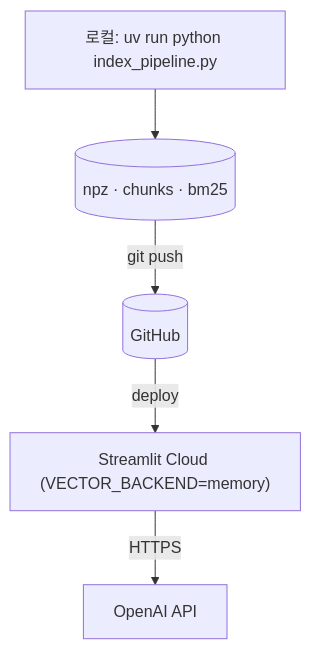
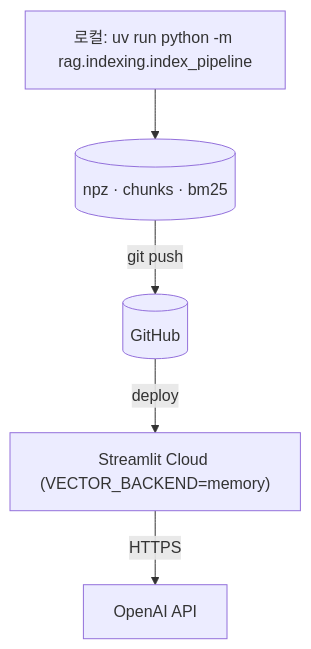
Before and after one commit to ElNino-o/konetic-report-rag: the second of 2 diagrams in README.md, drawn with Mermaid. The commit also changed other lines of this file and 15 other files, not shown here.

````diff
--- a/README.md
+++ b/README.md
@@ -30,6 +30,6 @@
 ```mermaid
 flowchart TB
-  L["로컬: uv run python index_pipeline.py"] --> A[("npz · chunks · bm25")]
+  L["로컬: uv run python -m rag.indexing.index_pipeline"] --> A[("npz · chunks · bm25")]
   A -->|git push| G[("GitHub")] -->|deploy| C["Streamlit Cloud (VECTOR_BACKEND=memory)"]
   C -->|HTTPS| O["OpenAI API"]
 ```
````
